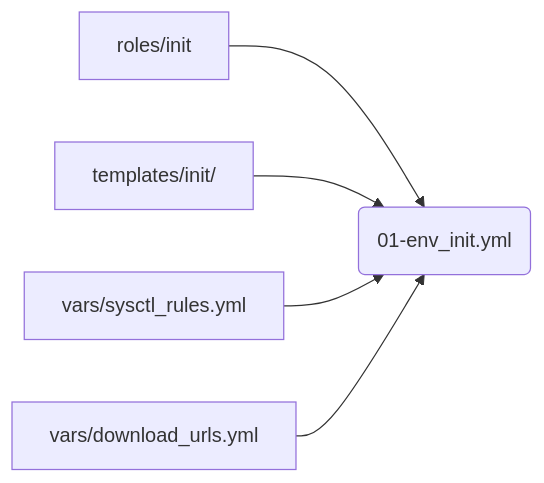
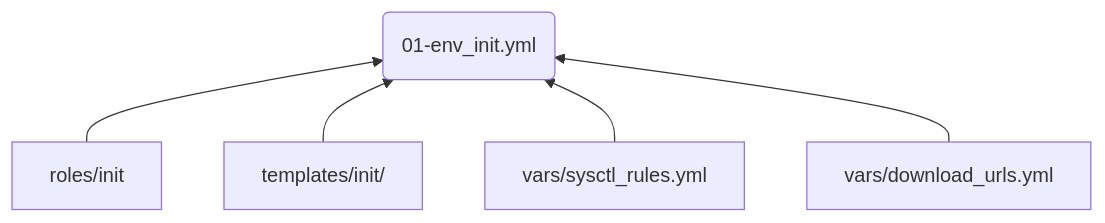
Before and after one commit to bottlelee/ansible-elk-deploy: the diagram in docs/content/step-by-step/06-init-the-hosts.md, drawn with Mermaid. The commit also changed 8 other files, not shown here.

```diff
--- a/docs/content/step-by-step/06-init-the-hosts.md
+++ b/docs/content/step-by-step/06-init-the-hosts.md
@@ -12,8 +12,8 @@
 {{<mermaid align="left">}}
-graph LR;
+graph BT
     Playbook(01-env_init.yml)
     role[roles/init] --> Playbook
     template[templates/init/] --> Playbook
     var1[vars/sysctl_rules.yml] --> Playbook
     var2[vars/download_urls.yml] --> Playbook
 {{< /mermaid >}}
```
